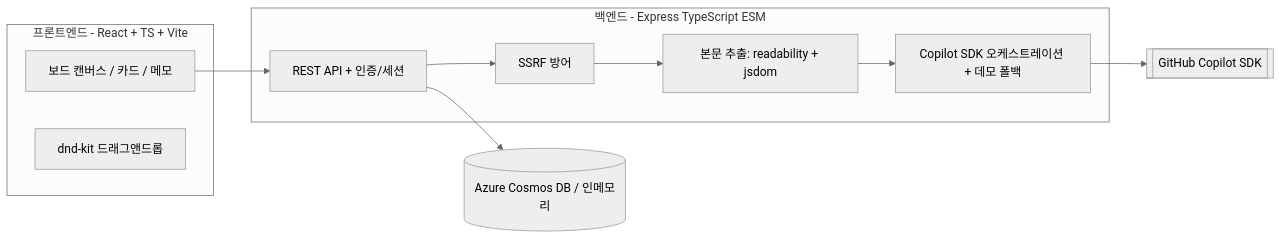
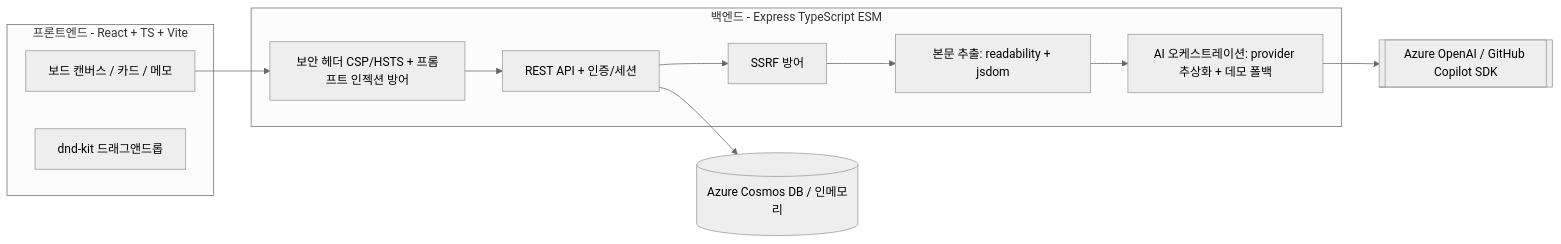
The third of 3 diagrams in PRD.md (SmileJune/lipcoding), drawn with Mermaid (neutral theme) before and after one commit. The commit also changed other lines of this file and 23 other files, not shown here.

````diff
--- a/PRD.md
+++ b/PRD.md
@@ -176,20 +178,21 @@
 ```mermaid
 flowchart LR
     subgraph Client[프론트엔드 - React + TS + Vite]
         UI[보드 캔버스 / 카드 / 메모]
         DND[dnd-kit 드래그앤드롭]
     end
     subgraph Server[백엔드 - Express TypeScript ESM]
         API[REST API + 인증/세션]
         EX[본문 추출: readability + jsdom]
         SSRF[SSRF 방어]
-        AI[Copilot SDK 오케스트레이션 + 데모 폴백]
+        SEC[보안 헤더 CSP/HSTS + 프롬프트 인젝션 방어]
+        AI[AI 오케스트레이션: provider 추상화 + 데모 폴백]
     end
     DB[(Azure Cosmos DB / 인메모리)]
-    COP[[GitHub Copilot SDK]]
+    COP[[Azure OpenAI / GitHub Copilot SDK]]
 
-    UI --> API
+    UI --> SEC --> API
     API --> SSRF --> EX
     EX --> AI --> COP
     API --> DB
 ```
````
